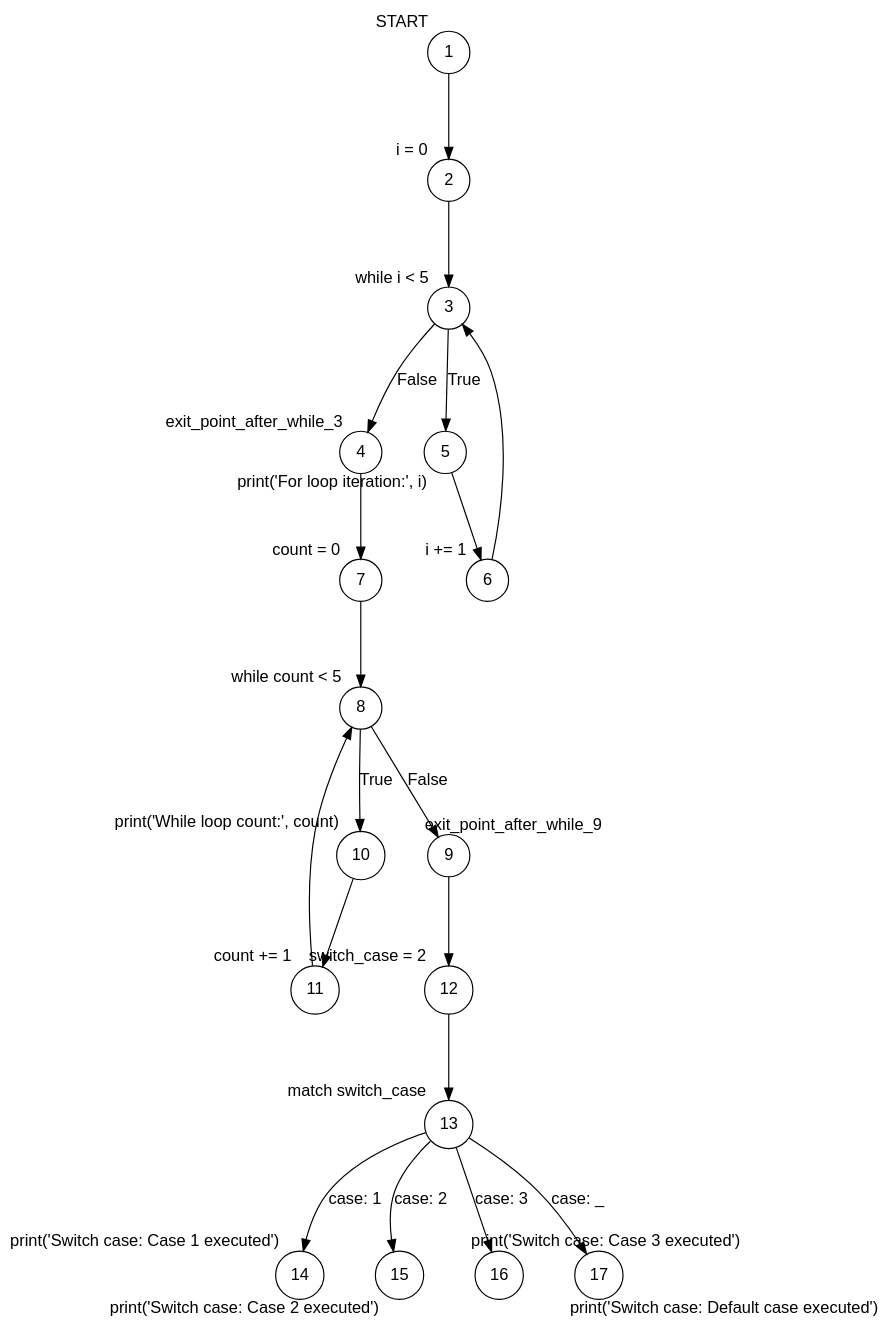
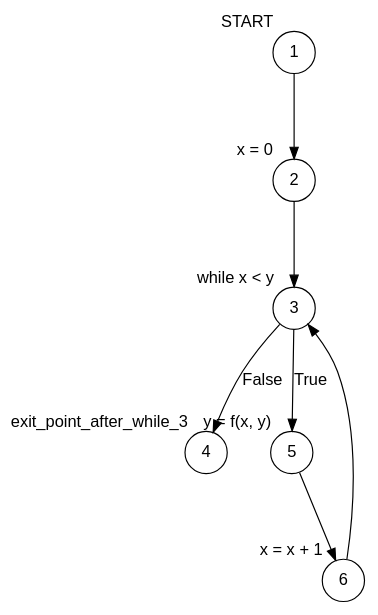
One commit to Mohammadhossinee/Software-Testing changed the diagram in cfg_output.dot. Above: the diagram before and after it, drawn with Graphviz. The commit also changed 2 other files, not shown here.

```diff
--- a/cfg_output.dot
+++ b/cfg_output.dot
@@ -1,42 +1,19 @@
 digraph CFG {
     rankdir=TB;
     ranksep="1.0";
     nodesep="0.5";
     node [shape=circle, fontname=Arial];
     edge [fontname=Arial];
     1 [label="1", xlabel="START", shape=circle];
-    10 [label="10", xlabel="print('While loop count:', count)", shape=circle];
-    11 [label="11", xlabel="count += 1", shape=circle];
-    12 [label="12", xlabel="switch_case = 2", shape=circle];
-    13 [label="13", xlabel="match switch_case", shape=circle];
-    14 [label="14", xlabel="print('Switch case: Case 1 executed')", shape=circle];
-    15 [label="15", xlabel="print('Switch case: Case 2 executed')", shape=circle];
-    16 [label="16", xlabel="print('Switch case: Case 3 executed')", shape=circle];
-    17 [label="17", xlabel="print('Switch case: Default case executed')", shape=circle];
-    2 [label="2", xlabel="i = 0", shape=circle];
-    3 [label="3", xlabel="while i < 5", shape=circle];
+    2 [label="2", xlabel="x = 0", shape=circle];
+    3 [label="3", xlabel="while x < y", shape=circle];
     4 [label="4", xlabel="exit_point_after_while_3", shape=circle];
-    5 [label="5", xlabel="print('For loop iteration:', i)", shape=circle];
-    6 [label="6", xlabel="i += 1", shape=circle];
-    7 [label="7", xlabel="count = 0", shape=circle];
-    8 [label="8", xlabel="while count < 5", shape=circle];
-    9 [label="9", xlabel="exit_point_after_while_9", shape=circle];
+    5 [label="5", xlabel="y = f(x, y)", shape=circle];
+    6 [label="6", xlabel="x = x + 1", shape=circle];
     1 -> 2;
-    10 -> 11;
-    11 -> 8;
-    12 -> 13;
-    13 -> 14 [label="case: 1"];
-    13 -> 15 [label="case: 2"];
-    13 -> 16 [label="case: 3"];
-    13 -> 17 [label="case: _"];
     2 -> 3;
     3 -> 4 [label="False"];
     3 -> 5 [label="True"];
-    4 -> 7;
     5 -> 6;
     6 -> 3;
-    7 -> 8;
-    8 -> 10 [label="True"];
-    8 -> 9 [label="False"];
-    9 -> 12;
 }
```
